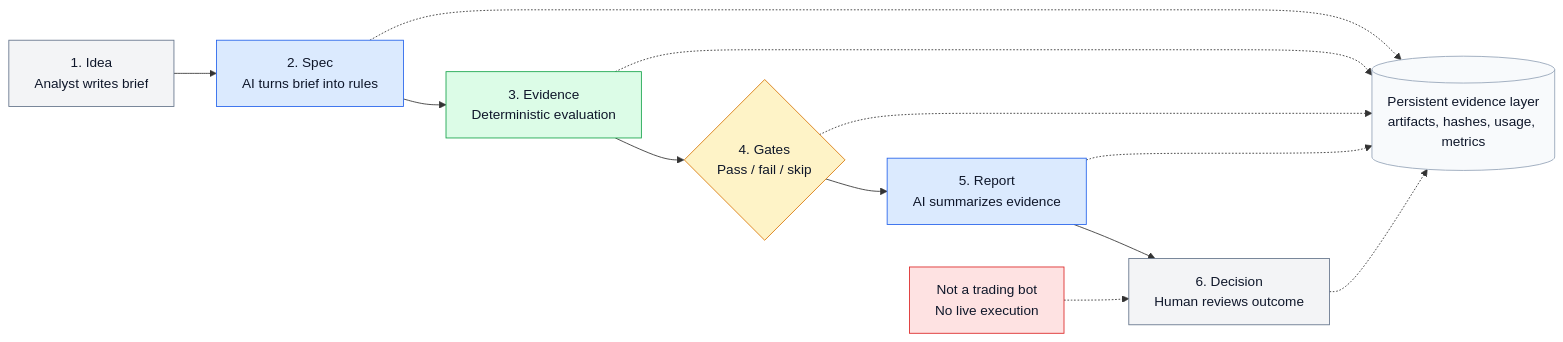
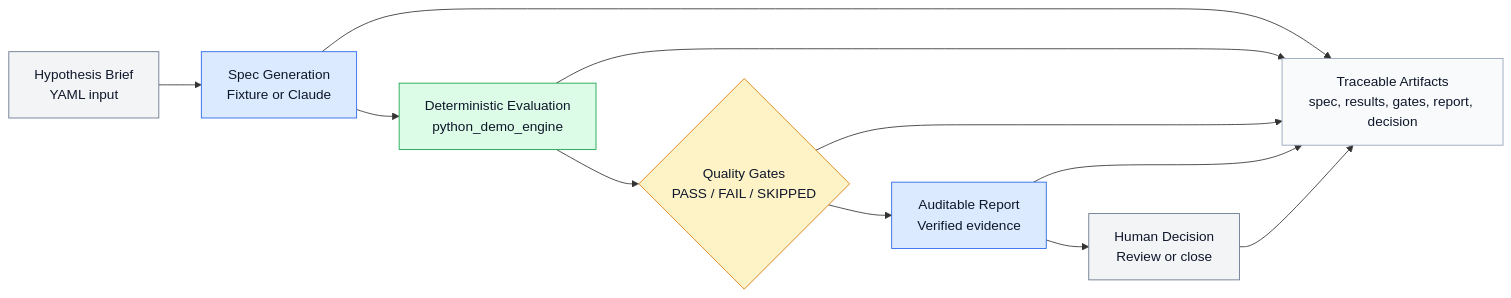
The diagram in README.md (vasquezale/QuantSpec), drawn with Mermaid before and after one commit. The commit also changed other lines of this file, not shown here.

Commit message:
docs(readme): simplify pipeline overview

````diff
--- a/README.md
+++ b/README.md
@@ -60,34 +60,30 @@
 ```mermaid
 flowchart LR
-    idea["1. Idea<br/>Analyst writes brief"]
-    spec["2. Spec<br/>AI turns brief into rules"]
-    evidence["3. Evidence<br/>Deterministic evaluation"]
-    gates{"4. Gates<br/>Pass / fail / skip"}
-    report["5. Report<br/>AI summarizes evidence"]
-    decision["6. Decision<br/>Human reviews outcome"]
+    brief["Hypothesis Brief<br/>YAML input"]
+    spec["Spec Generation<br/>Fixture or Claude"]
+    engine["Deterministic Evaluation<br/>python_demo_engine"]
+    gates{"Quality Gates<br/>PASS / FAIL / SKIPPED"}
+    report["Auditable Report<br/>Verified evidence"]
+    decision["Human Decision<br/>Review or close"]
 
-    memory[("Persistent evidence layer<br/>artifacts, hashes, usage, metrics")]
-    guardrail["Not a trading bot<br/>No live execution"]
+    artifacts["Traceable Artifacts<br/>spec, results, gates, report, decision"]
 
-    idea --> spec --> evidence --> gates --> report --> decision
-    spec -.-> memory
-    evidence -.-> memory
-    gates -.-> memory
-    report -.-> memory
-    decision -.-> memory
-    guardrail -.-> decision
+    brief --> spec --> engine --> gates --> report --> decision
+    spec --> artifacts
+    engine --> artifacts
+    gates --> artifacts
+    report --> artifacts
+    decision --> artifacts
 
     classDef human fill:#f3f4f6,stroke:#64748b,color:#0f172a;
     classDef ai fill:#dbeafe,stroke:#2563eb,color:#0f172a;
     classDef evidence fill:#dcfce7,stroke:#16a34a,color:#0f172a;
     classDef gate fill:#fef3c7,stroke:#d97706,color:#0f172a;
     classDef memory fill:#f8fafc,stroke:#94a3b8,color:#0f172a;
-    classDef warning fill:#fee2e2,stroke:#dc2626,color:#0f172a;
 
-    class idea,decision human;
+    class brief,decision human;
     class spec,report ai;
-    class evidence evidence;
+    class engine evidence;
     class gates gate;
-    class memory memory;
-    class guardrail warning;
+    class artifacts memory;
 ```
````
